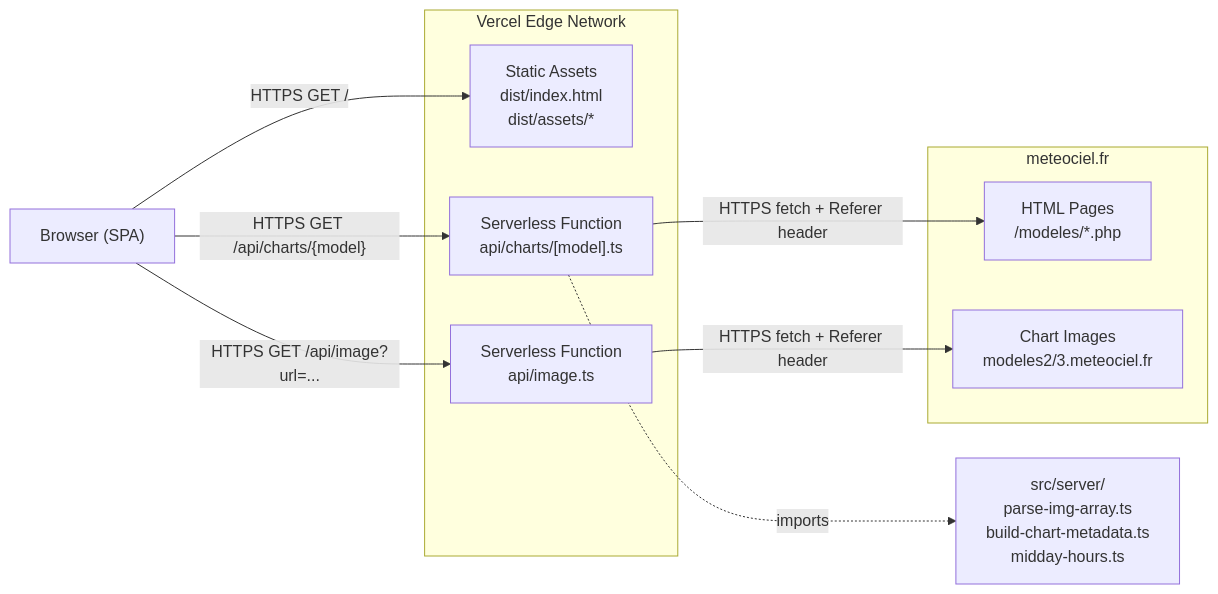
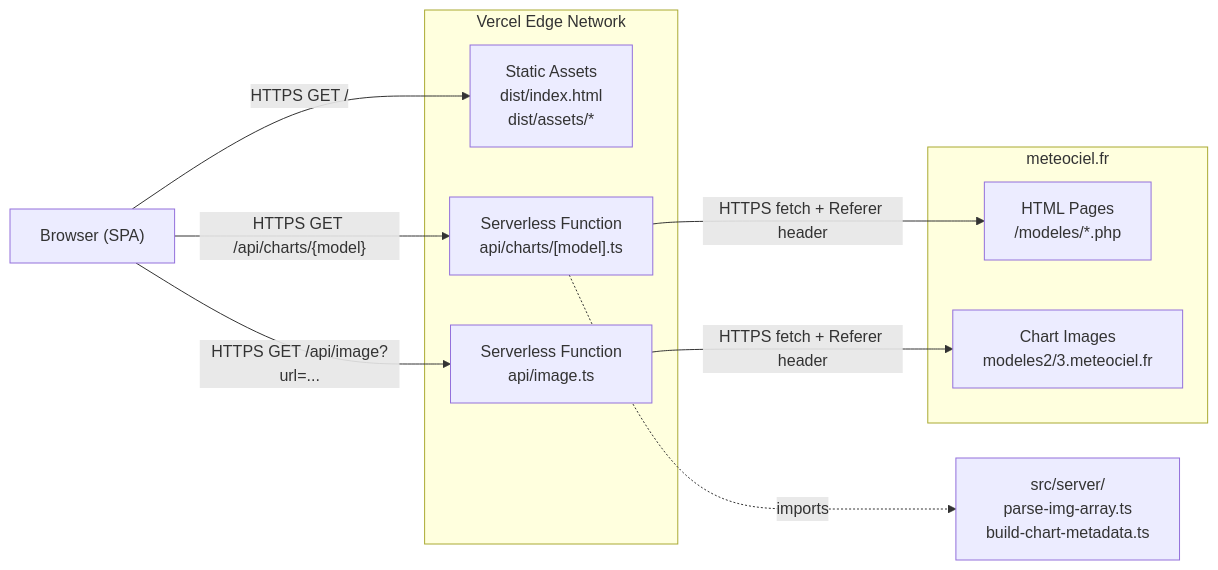
The first of 3 diagrams in docs/TECHNOLOGY.md (viktorpetrov/weather-app), drawn with Mermaid before and after one commit. The commit also changed other lines of this file and 5 other files, not shown here.

````diff
--- a/docs/TECHNOLOGY.md
+++ b/docs/TECHNOLOGY.md
@@ -36,22 +36,22 @@
 ```mermaid
 graph LR
     Browser["Browser (SPA)"]
 
     subgraph Vercel["Vercel Edge Network"]
         Static["Static Assets<br/>dist/index.html<br/>dist/assets/*"]
         FnCharts["Serverless Function<br/>api/charts/[model].ts"]
         FnImage["Serverless Function<br/>api/image.ts"]
     end
 
     subgraph Meteociel["meteociel.fr"]
         Pages["HTML Pages<br/>/modeles/*.php"]
         Images["Chart Images<br/>modeles2/3.meteociel.fr"]
     end
 
     Browser -- "HTTPS GET /" --> Static
     Browser -- "HTTPS GET /api/charts/{model}" --> FnCharts
     Browser -- "HTTPS GET /api/image?url=..." --> FnImage
     FnCharts -- "HTTPS fetch + Referer header" --> Pages
     FnImage -- "HTTPS fetch + Referer header" --> Images
-    FnCharts -. "imports" .-> SharedLogic["src/server/<br/>parse-img-array.ts<br/>build-chart-metadata.ts<br/>midday-hours.ts"]
+    FnCharts -. "imports" .-> SharedLogic["src/server/<br/>parse-img-array.ts<br/>build-chart-metadata.ts"]
 ```
````
